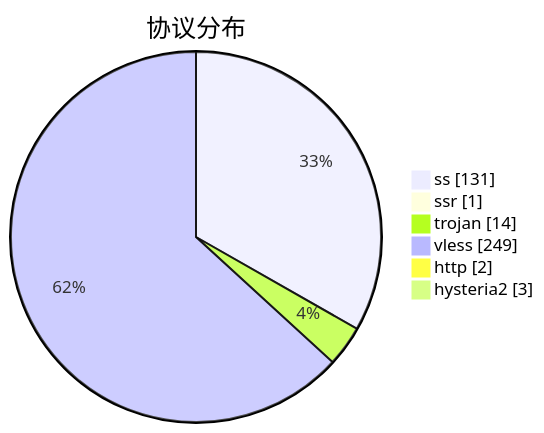
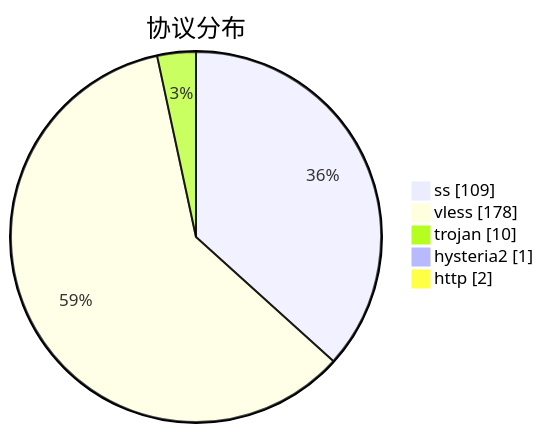
Before and after one commit to qjlxg/airport: the third of 3 diagrams in subs/statistics/tested_within.md, drawn with Mermaid. The commit also changed other lines of this file and 2 other files, not shown here.

````diff
--- a/subs/statistics/tested_within.md
+++ b/subs/statistics/tested_within.md
@@ -19,10 +19,9 @@
 ```mermaid
 pie showData
 title 协议分布
-"ss" : 131
-"ssr" : 1
-"trojan" : 14
-"vless" : 249
+"ss" : 109
+"vless" : 178
+"trojan" : 10
+"hysteria2" : 1
 "http" : 2
-"hysteria2" : 3
 ```
````
